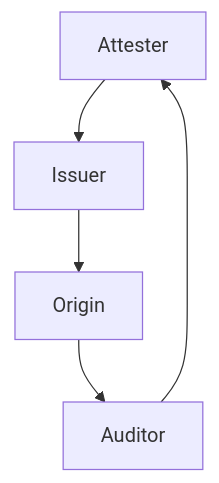
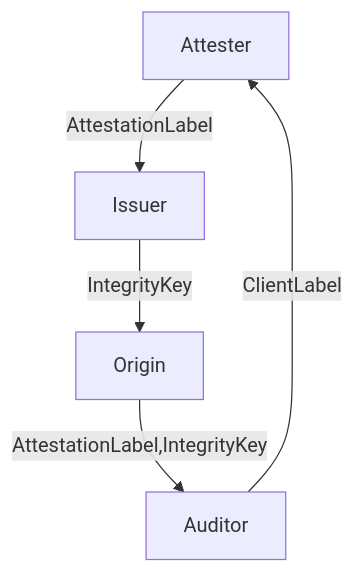
The diagram in tokens/typeFFFF/README.md (cloudflare/pat-go), drawn with Mermaid before and after one commit. The commit also changed 4 other files, not shown here.

````diff
--- a/tokens/typeFFFF/README.md
+++ b/tokens/typeFFFF/README.md
@@ -34,7 +34,7 @@
 ```mermaid
 graph TD;
-    Attester-->Issuer;
-    Issuer-->Origin;
-    Origin-->Auditor;
-    Auditor-->Attester;
+    Attester-->|AttestationLabel|Issuer;
+    Issuer-->|IntegrityKey|Origin;
+    Origin-->|AttestationLabel,IntegrityKey|Auditor;
+    Auditor-->|ClientLabel|Attester;
 ```
````
